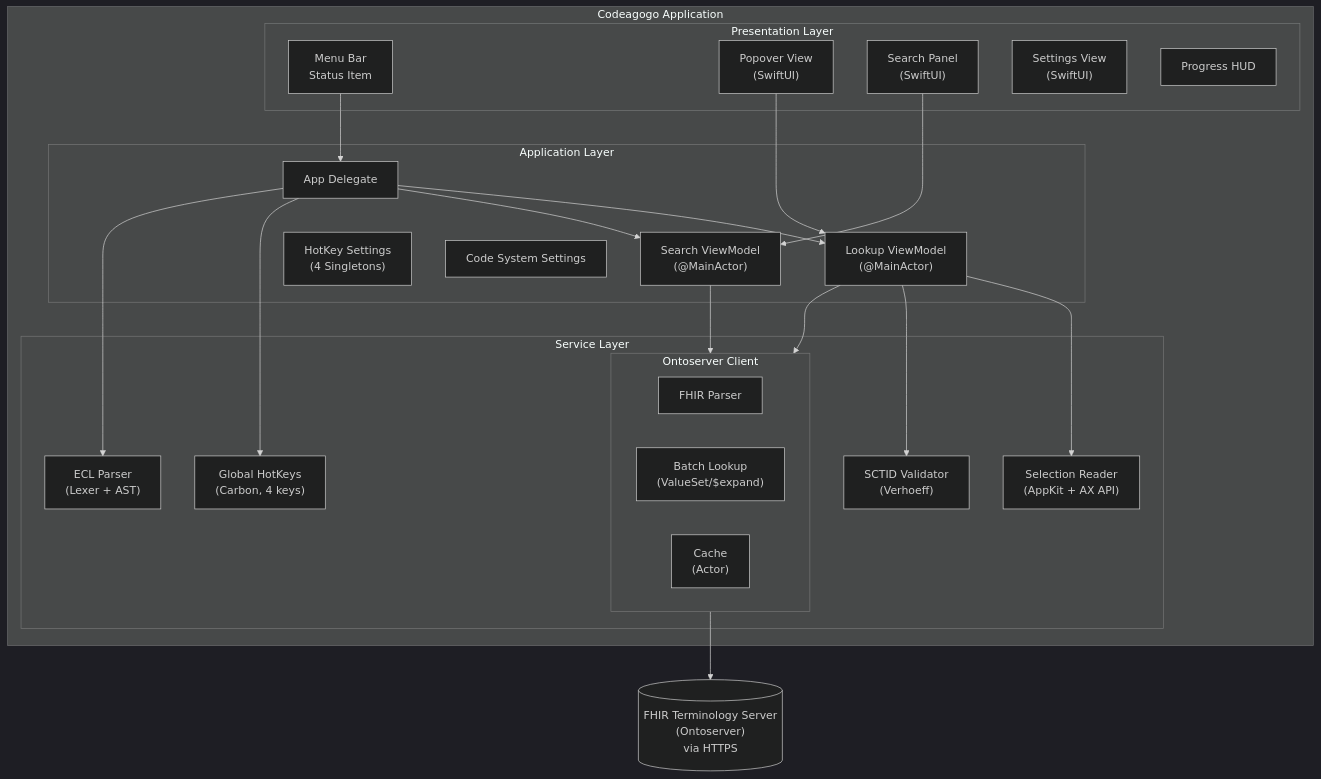
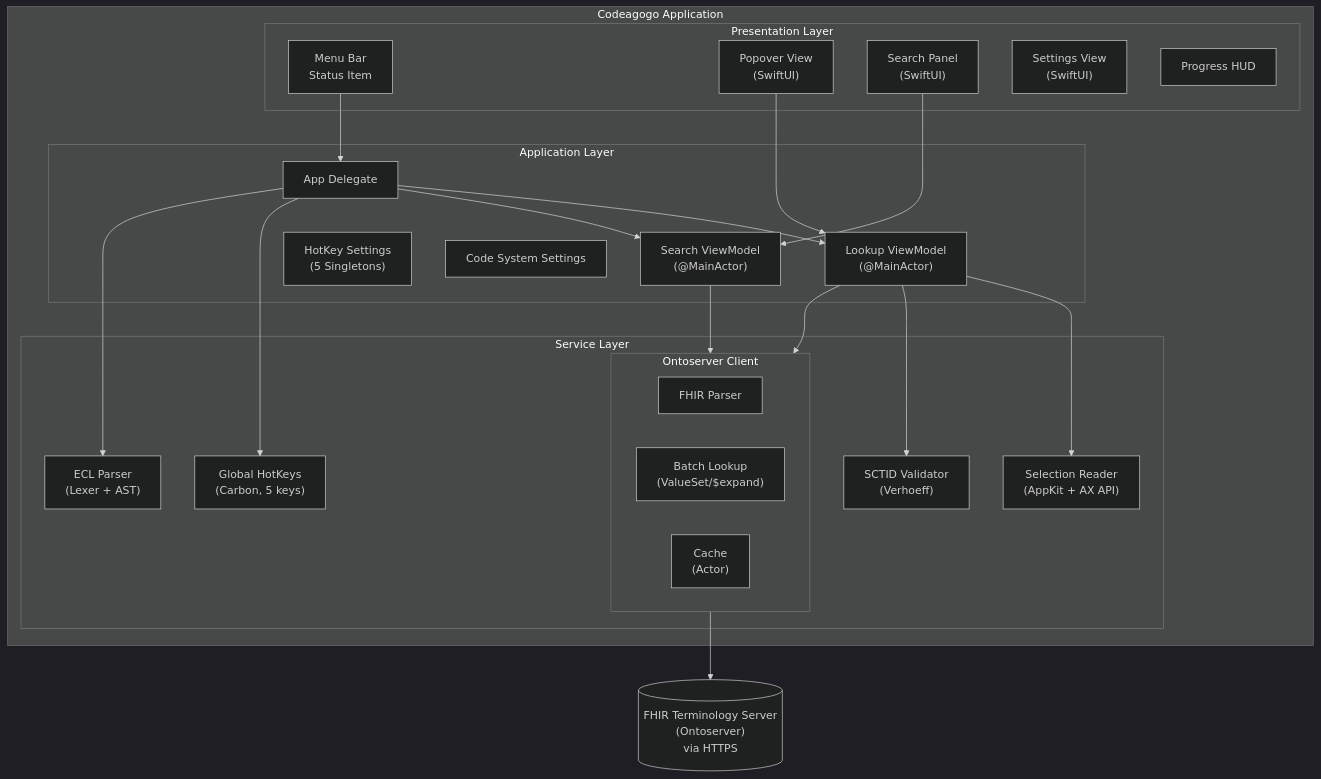
The first of 3 diagrams in ARCHITECTURE.md (aehrc/codeagogo), drawn with Mermaid (dark theme) before and after one commit. The commit also changed other lines of this file and 11 other files, not shown here.

````diff
--- a/ARCHITECTURE.md
+++ b/ARCHITECTURE.md
@@ -44,47 +45,47 @@
 ```mermaid
 flowchart TB
     subgraph App["Codeagogo Application"]
         subgraph Presentation["Presentation Layer"]
             MenuBar["Menu Bar<br/>Status Item"]
             Popover["Popover View<br/>(SwiftUI)"]
             SearchPanel["Search Panel<br/>(SwiftUI)"]
             Settings["Settings View<br/>(SwiftUI)"]
             ProgressHUD["Progress HUD"]
         end
 
         subgraph Application["Application Layer"]
             AppDelegate["App Delegate"]
             LookupVM["Lookup ViewModel<br/>(@MainActor)"]
             SearchVM["Search ViewModel<br/>(@MainActor)"]
-            HotKeySettings["HotKey Settings<br/>(4 Singletons)"]
+            HotKeySettings["HotKey Settings<br/>(5 Singletons)"]
             CodeSystemSettings["Code System Settings"]
         end
 
         subgraph Service["Service Layer"]
-            GlobalHotKey["Global HotKeys<br/>(Carbon, 4 keys)"]
+            GlobalHotKey["Global HotKeys<br/>(Carbon, 5 keys)"]
             SelectionReader["Selection Reader<br/>(AppKit + AX API)"]
             ECLParser["ECL Parser<br/>(Lexer + AST)"]
             SCTIDValidator["SCTID Validator<br/>(Verhoeff)"]
             subgraph OntoClient["Ontoserver Client"]
                 FHIRParser["FHIR Parser"]
                 BatchLookup["Batch Lookup<br/>(ValueSet/$expand)"]
                 Cache["Cache<br/>(Actor)"]
             end
         end
     end
 
     Server[("FHIR Terminology Server<br/>(Ontoserver)<br/>via HTTPS")]
 
     MenuBar --> AppDelegate
     Popover --> LookupVM
     SearchPanel --> SearchVM
     AppDelegate --> LookupVM
     AppDelegate --> SearchVM
     AppDelegate --> GlobalHotKey
     LookupVM --> SelectionReader
     LookupVM --> OntoClient
     SearchVM --> OntoClient
     AppDelegate --> ECLParser
     LookupVM --> SCTIDValidator
     OntoClient --> Server
 ```
````
